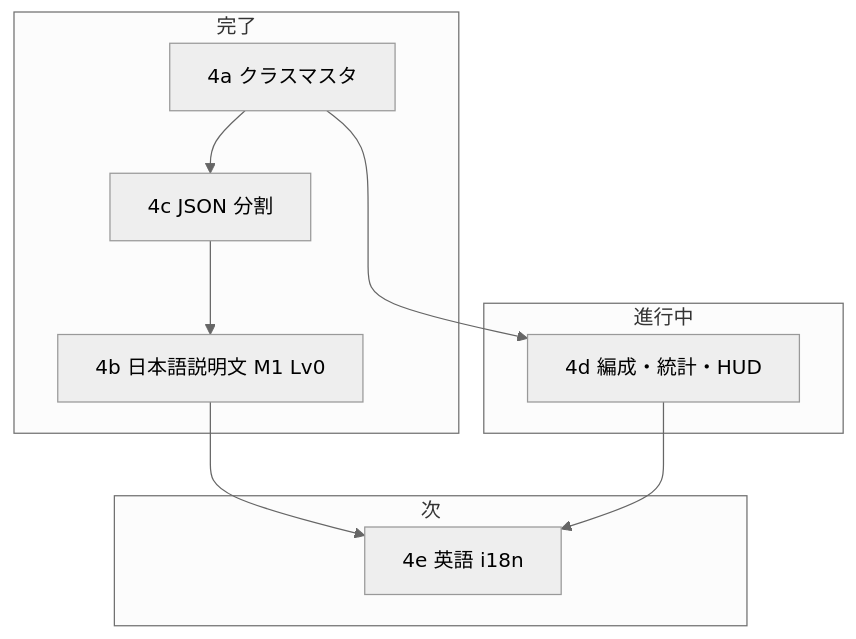
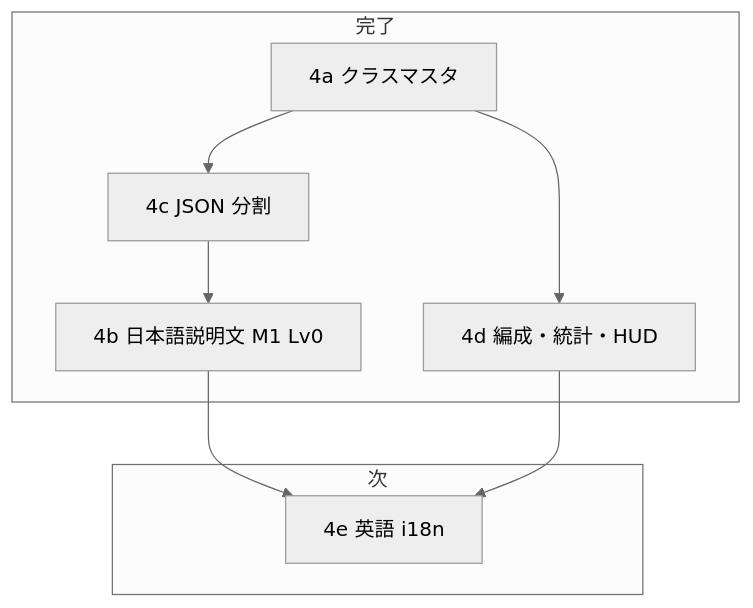
One commit to sucRo0629/auto-battle-idle changed the diagram in docs/plans/phase-4-roadmap.md. Above: the diagram before and after it, drawn with Mermaid (neutral theme). The commit also changed other lines of this file and 36 other files, not shown here.

````diff
--- a/docs/plans/phase-4-roadmap.md
+++ b/docs/plans/phase-4-roadmap.md
@@ -56,19 +56,17 @@
 ```mermaid
 flowchart TD
   subgraph done [完了]
     A4a[4a クラスマスタ]
     A4c[4c JSON 分割]
     B4b[4b 日本語説明文 M1 Lv0]
-  end
-  subgraph wip [進行中]
     B4d[4d 編成・統計・HUD]
   end
   subgraph next [次]
     E4e[4e 英語 i18n]
   end
   A4a --> A4c
   A4a --> B4d
   A4c --> B4b
   B4b --> E4e
   B4d --> E4e
 ```
````
